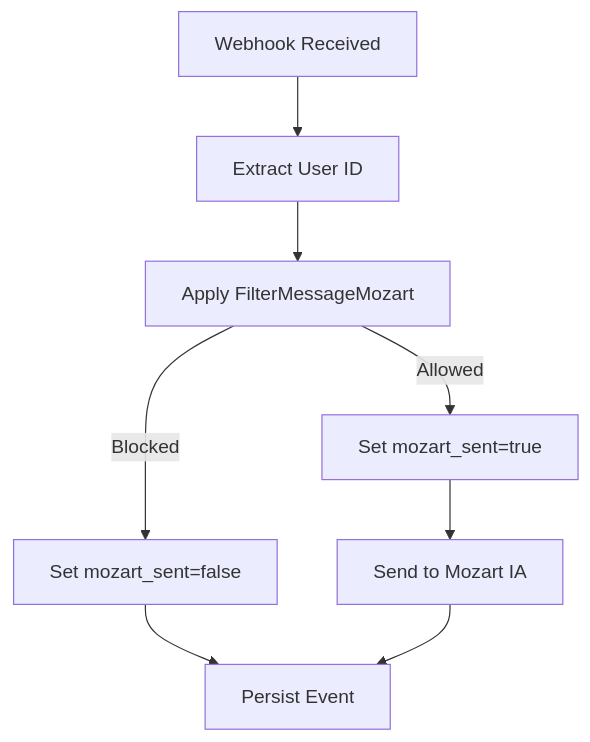
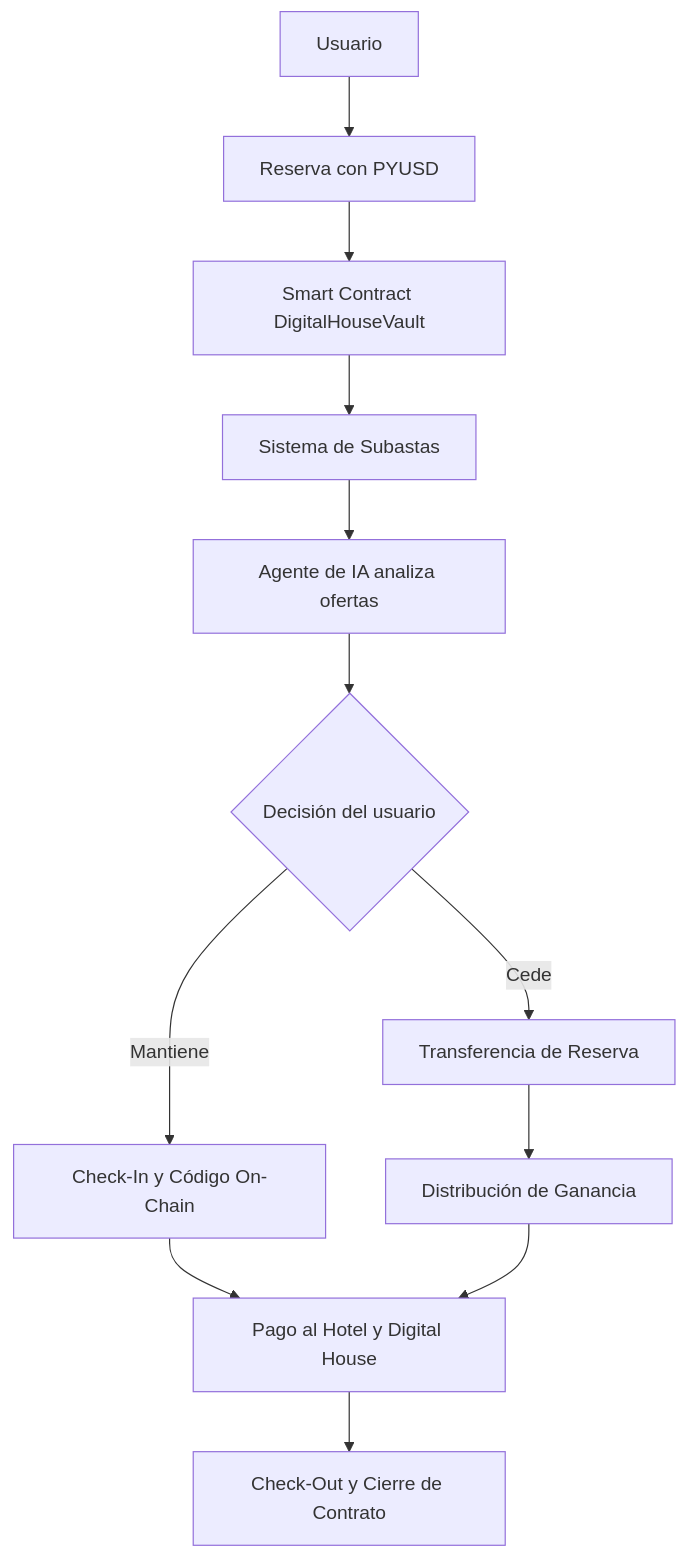
The diagram in README.md (Ekinoxis-evm/digitalhouse), drawn with Mermaid before and after one commit.

Commit message:
Revise flowchart for user journey in README.md
Updated the flowchart in README.md to reflect new user journey.

````diff
--- a/README.md
+++ b/README.md
@@ -41,11 +41,15 @@
 ```mermaid
 graph TD
-    A[Webhook Received] --> B[Extract User ID]
-    B --> C[Apply FilterMessageMozart]
-    C -->|Blocked| H[Set mozart_sent=false]
-    C -->|Allowed| I[Set mozart_sent=true]
-    H --> J[Persist Event]
-    I --> K[Send to Mozart IA]
-    K --> J[Persist Event]
+A[Usuario] --> B[Reserva con PYUSD]
+B --> C[Smart Contract DigitalHouseVault]
+C --> D[Sistema de Subastas]
+D --> E[Agente de IA analiza ofertas]
+E --> F{Decisión del usuario}
+F -->|Mantiene| G[Check-In y Código On-Chain]
+F -->|Cede| H[Transferencia de Reserva]
+G --> I[Pago al Hotel y Digital House]
+H --> J[Distribución de Ganancia]
+J --> I
+I --> K[Check-Out y Cierre de Contrato]
 
 ```
````
